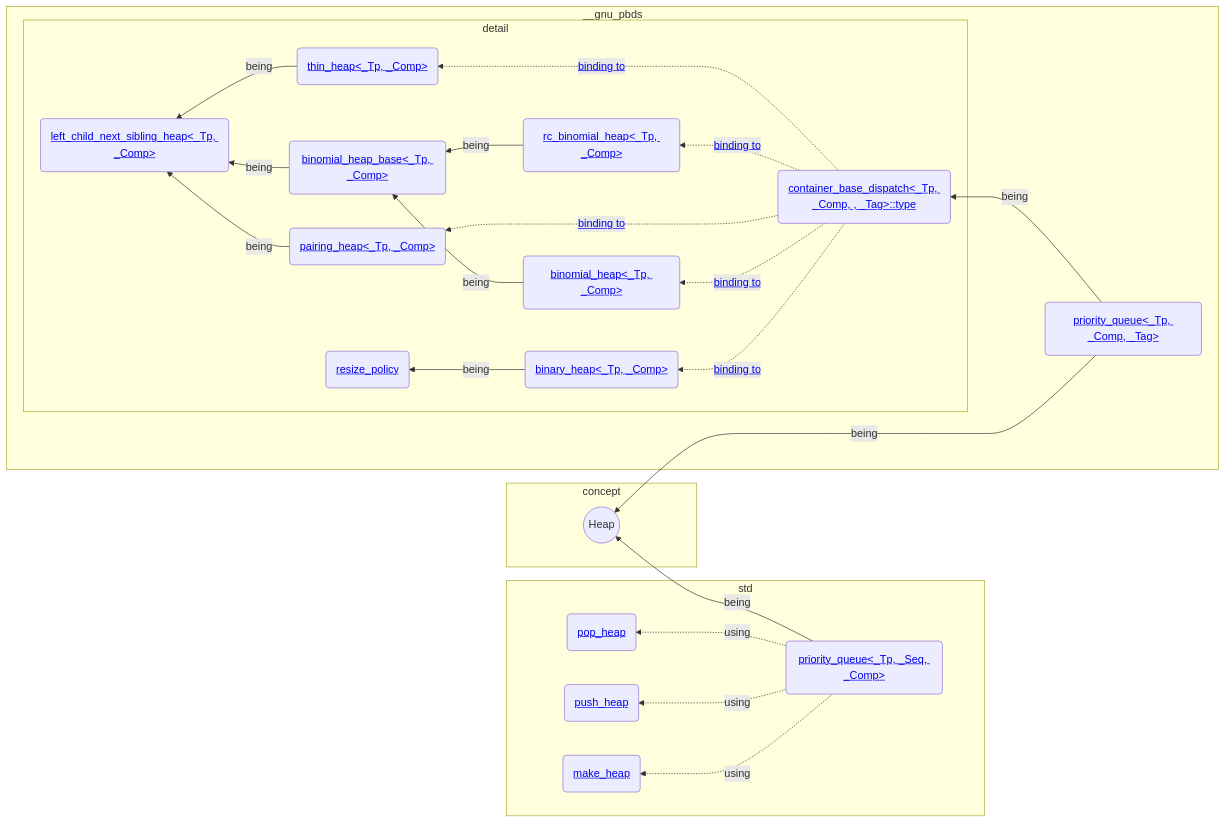
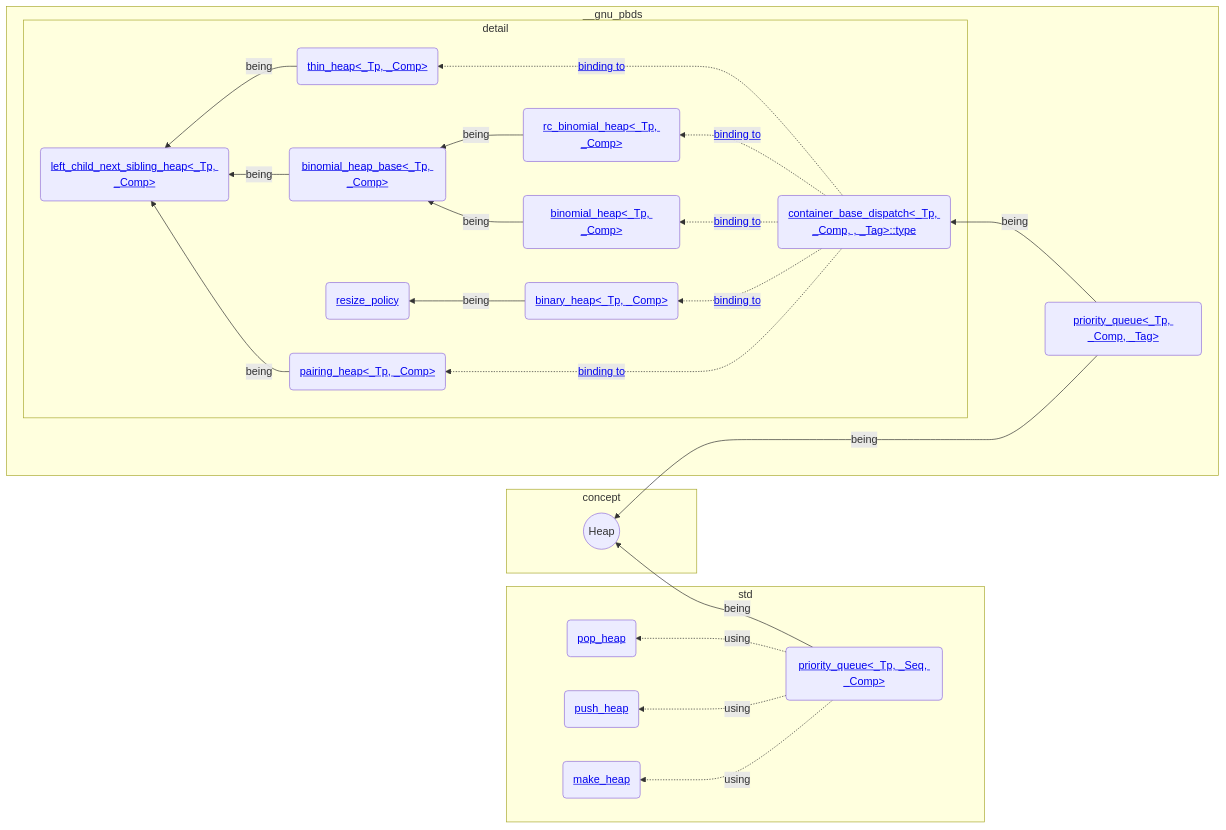
The diagram in doc/priority_queue.md (AsherJingkongChen/ds-assign4), drawn with Mermaid before and after one commit. The commit also changed other lines of this file, not shown here.

````diff
--- a/doc/priority_queue.md
+++ b/doc/priority_queue.md
@@ -3,50 +3,50 @@
 ```mermaid
 graph RL;
 subgraph concept
   heap((Heap));
 end
 
 spq(<a href=https://gcc.gnu.org/onlinedocs/gcc-12.2.0/libstdc++/api/a08762.html>priority_queue<_Tp, _Seq, _Comp></a>);
 make(<a href=https://gcc.gnu.org/onlinedocs/gcc-12.2.0/libstdc++/api/a01614.html#ga2a685c934e85086e5ac372026e8064f6>make_heap</a>);
 push(<a href=https://gcc.gnu.org/onlinedocs/gcc-12.2.0/libstdc++/api/a01614.html#gab628ce505c9574f8929a0fa49ed514b3>push_heap</a>);
 pop(<a href=https://gcc.gnu.org/onlinedocs/gcc-12.2.0/libstdc++/api/a01614.html#ga0a57ba46981d46e0f3ebd4703d0ad18b>pop_heap);
 
 binhp(<a href=https://gcc.gnu.org/onlinedocs/gcc-12.2.0/libstdc++/api/a13278.html>binary_heap<_Tp, _Comp></a>);
 bimhp(<a href=https://gcc.gnu.org/onlinedocs/gcc-12.2.0/libstdc++/api/a13326.html>binomial_heap<_Tp, _Comp></a>);
 pahp(<a href=https://gcc.gnu.org/onlinedocs/gcc-12.2.0/libstdc++/api/a13550.html>pairing_heap<_Tp, _Comp></a>);
 rbimhp(<a href=https://gcc.gnu.org/onlinedocs/gcc-12.2.0/libstdc++/api/a13654.html>rc_binomial_heap<_Tp, _Comp></a>);
 thinhp(<a href=https://gcc.gnu.org/onlinedocs/gcc-12.2.0/libstdc++/api/a13702.html>thin_heap<_Tp, _Comp></a>);
 
 gpq(<a href=https://gcc.gnu.org/onlinedocs/gcc-12.2.0/libstdc++/api/a12902.html>priority_queue<_Tp, _Comp, _Tag></a>);
 gcbdtp(<a href=https://gcc.gnu.org/onlinedocs/gcc-12.2.0/libstdc++/api/a13070.html>container_base_dispatch<_Tp, _Comp, , _Tag>::type</a>);
 lcnsh(<a href=https://gcc.gnu.org/onlinedocs/gcc-12.2.0/libstdc++/api/a13482.html>left_child_next_sibling_heap<_Tp, _Comp></a>);
 rzplc(<a href=https://gcc.gnu.org/onlinedocs/gcc-12.2.0/libstdc++/api/a13322.html>resize_policy</a>);
 bimhpb(<a href=https://gcc.gnu.org/onlinedocs/gcc-12.2.0/libstdc++/api/a13330.html>binomial_heap_base<_Tp, _Comp></a>);
 
 subgraph std
   spq .->|using| make;
   spq .->|using| push;
   spq .->|using| pop;
   spq -->|being| heap;
 end
 
 subgraph __gnu_pbds
   gpq --->|being| heap;
   gpq -->|being| gcbdtp;
 
   subgraph detail
+    gcbdtp .->|<a href=https://gcc.gnu.org/onlinedocs/gcc-12.2.0/libstdc++/api/a13150.html#adecf3a56bd35a5ca376d0492e7123a7b>binding to</a>| pahp;
     gcbdtp .->|<a href=https://gcc.gnu.org/onlinedocs/gcc-12.2.0/libstdc++/api/a13162.html#adbbd8131d9a4cdc53e280a34f161dd3c>binding to</a>| binhp;
     gcbdtp .->|<a href=https://gcc.gnu.org/onlinedocs/gcc-12.2.0/libstdc++/api/a13154.html#ab4cecfd9b1ed21229fe049cabebe321c>binding to</a>| bimhp;
-    gcbdtp .->|<a href=https://gcc.gnu.org/onlinedocs/gcc-12.2.0/libstdc++/api/a13150.html#adecf3a56bd35a5ca376d0492e7123a7b>binding to</a>| pahp;
     gcbdtp .->|<a href=https://gcc.gnu.org/onlinedocs/gcc-12.2.0/libstdc++/api/a13158.html#a7d1df51ac2b0c2e893e450bf7fe9e379>binding to</a>| rbimhp;
     gcbdtp .->|<a href=https://gcc.gnu.org/onlinedocs/gcc-12.2.0/libstdc++/api/a13166.html#a9810405868a4fa2e115def4f7da71b66>binding to</a>| thinhp;
 
     binhp -->|being| rzplc;
     bimhpb -->|being| lcnsh;
     bimhp -->|being| bimhpb;
     rbimhp -->|being| bimhpb;
     pahp --> |being| lcnsh;
     thinhp -->|being| lcnsh;
   end
 end
 ```
````
